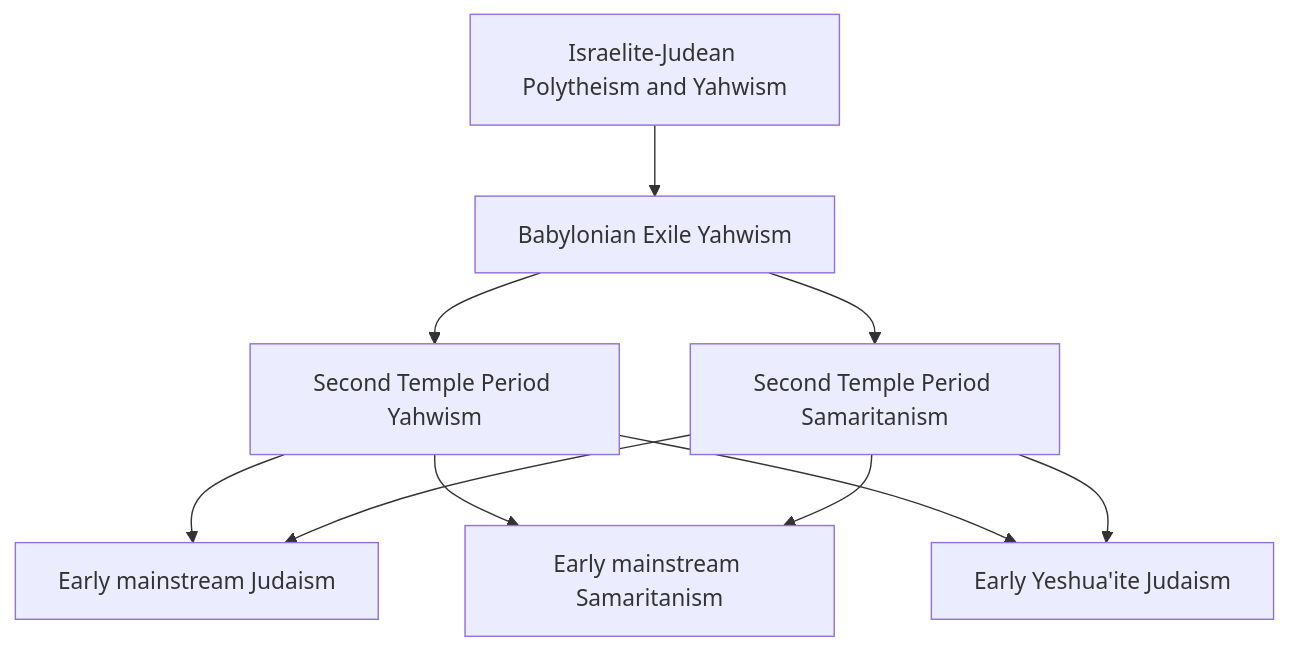
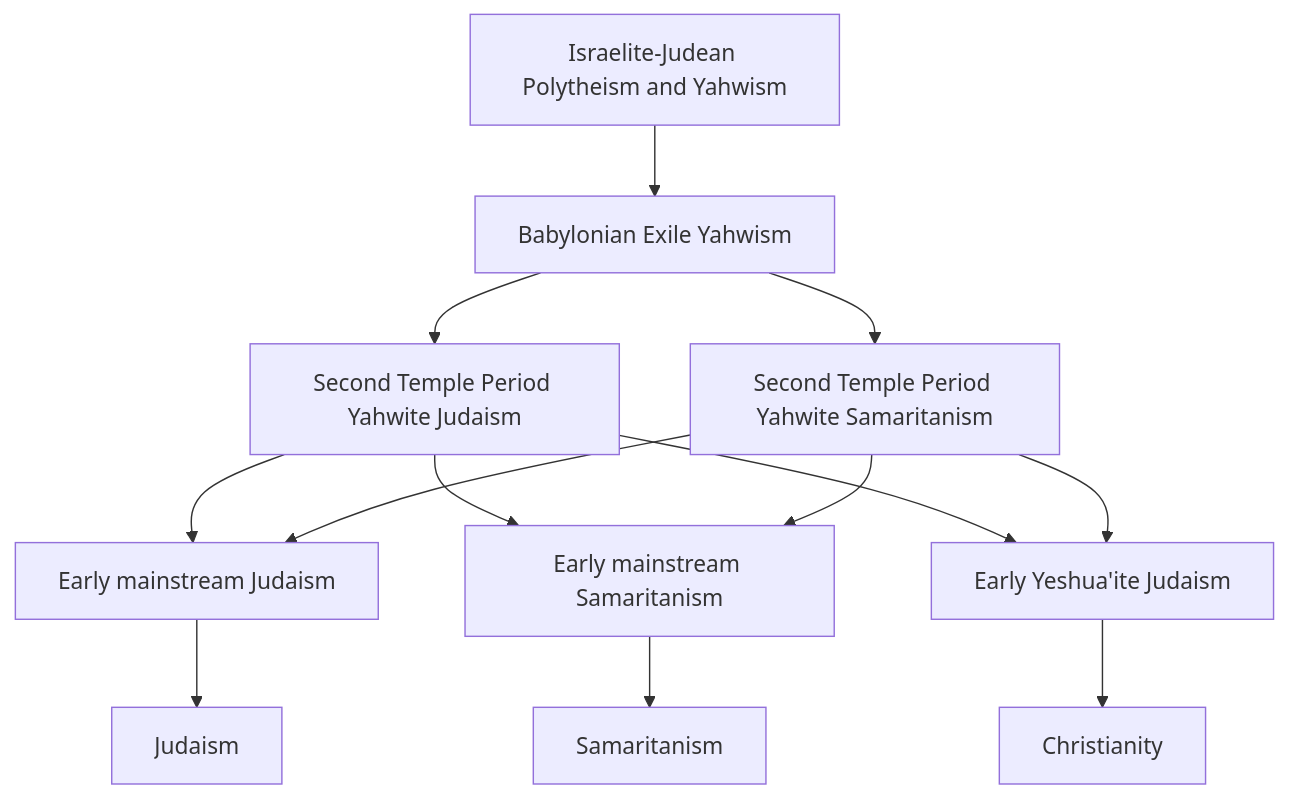
One commit to bendqh1/mermaid changed the diagram in emergence_of_judaism_and_samaritanism.mermaid. Above: the diagram before and after it, drawn with Mermaid. The commit also changed other lines of this file, not shown here.

```diff
--- a/emergence_of_judaism_and_samaritanism.mermaid
+++ b/emergence_of_judaism_and_samaritanism.mermaid
@@ -1,8 +1,13 @@
 flowchart TD
     A1[Israelite-Judean Polytheism and Yahwism]
     A1 --> A2[Babylonian Exile Yahwism]
-    A2 --> A3[Second Temple Period Yahwism] 
-    A2 --> A4[Second Temple Period Samaritanism]
-    A3 & A4 --> A5[Early mainstream Judaism]
-    A3 & A4 --> A6[Early mainstream Samaritanism]
-    A3 & A4 --> A7[Early Yeshua'ite Judaism]
+    A2 --> A3[Second Temple Period Yahwite Judaism] 
+    A2 --> A4[Second Temple Period Yahwite Samaritanism]
+
+    A3 & A4 --> B1[Early mainstream Judaism]
+    A3 & A4 --> B2[Early mainstream Samaritanism]
+    A3 & A4 --> B3[Early Yeshua'ite Judaism]
+
+    B1 --> C1[Judaism]
+    B2 --> C2[Samaritanism]
+    B3 --> C3[Christianity]
```
